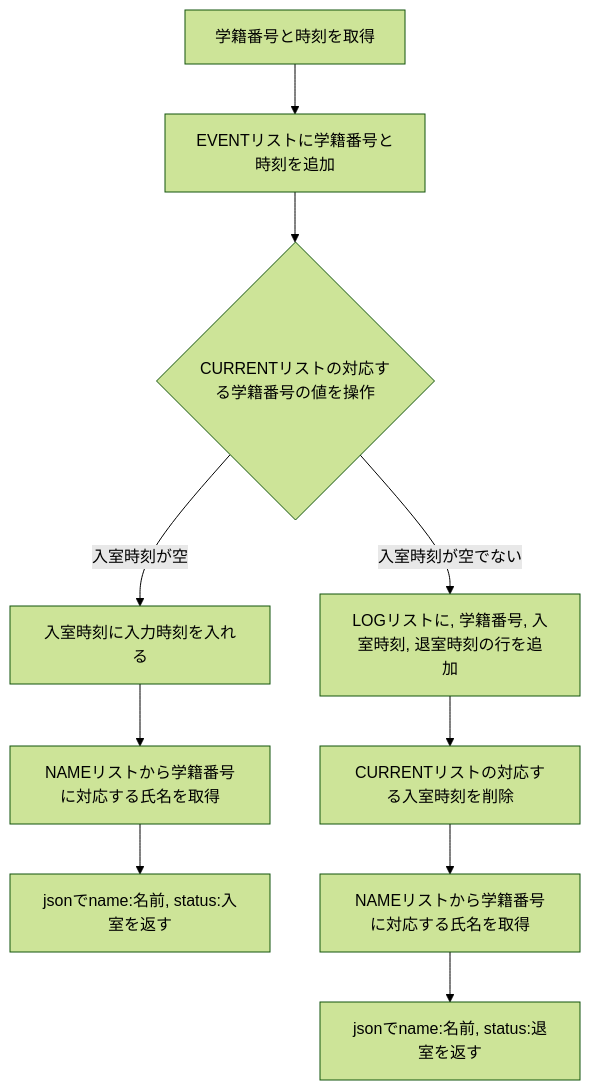
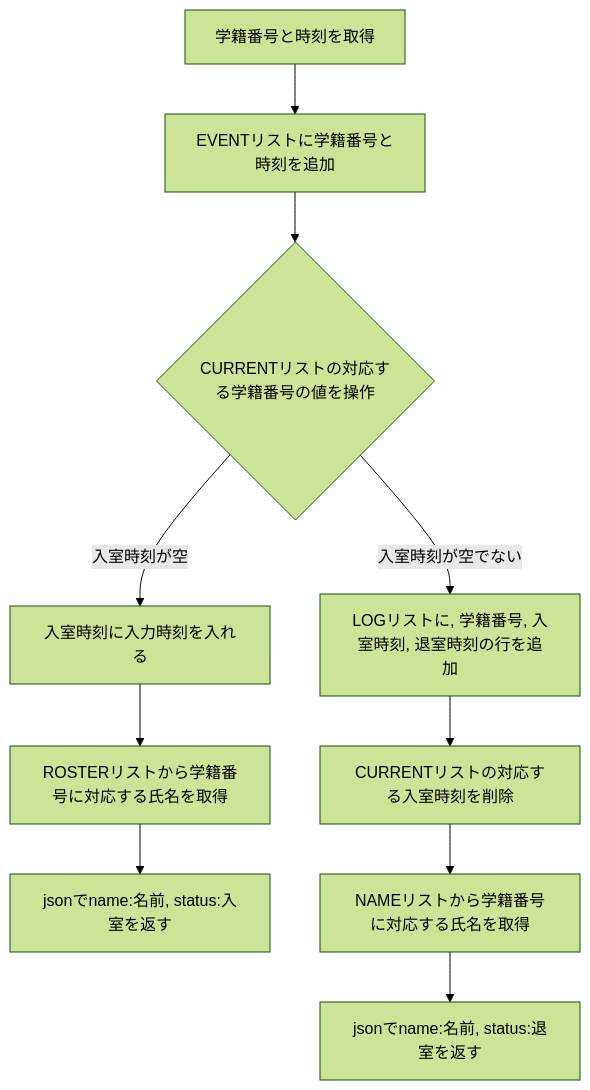
Before and after one commit to KazumasaFUJIWARA/AttendanceManager: the second of 4 diagrams in README.md, drawn with Mermaid (forest theme). The commit also changed other lines of this file, not shown here.

````diff
--- a/README.md
+++ b/README.md
@@ -17,12 +17,12 @@
 ```mermaid
 graph TD;
 	INPUT2["学籍番号と時刻を取得"] --> REC["EVENTリストに学籍番号と時刻を追加"]
 	REC-->UPD{"CURRENTリストの対応する学籍番号の値を操作"}
 	UPD-->|入室時刻が空|UPD1["入室時刻に入力時刻を入れる"]
-	UPD1-->NAME["NAMEリストから学籍番号に対応する氏名を取得"]
+	UPD1-->NAME["ROSTERリストから学籍番号に対応する氏名を取得"]
 	NAME-->OUT["jsonでname:名前, status:入室を返す"]
 	UPD-->|入室時刻が空でない|UPD2["LOGリストに, 学籍番号, 入室時刻, 退室時刻の行を追加"]
 	UPD2-->UPD3["CURRENTリストの対応する入室時刻を削除"]
 	UPD3-->NAME2["NAMEリストから学籍番号に対応する氏名を取得"]
 	NAME2-->OUT2["jsonでname:名前, status:退室を返す"]
 ```
````
